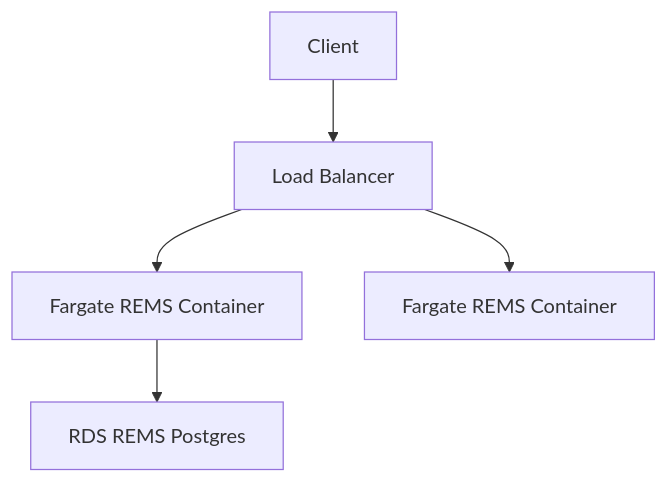
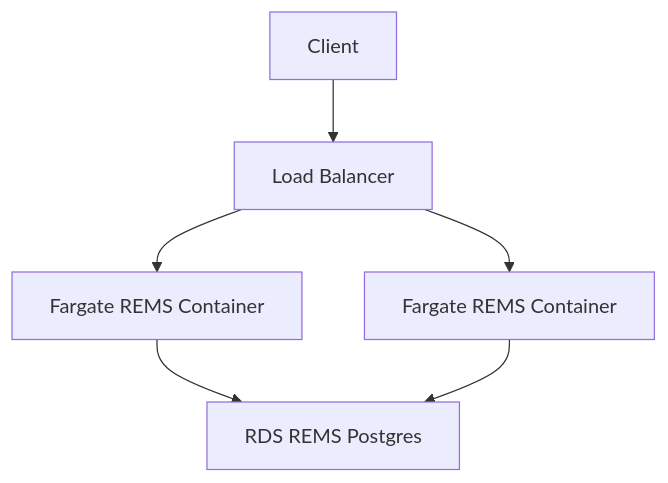
Before and after one commit to umccr/rems-umccr: the diagram in README.md, drawn with Mermaid. The commit also changed other lines of this file and 28 other files, not shown here.

````diff
--- a/README.md
+++ b/README.md
@@ -17,7 +56,8 @@
 ```mermaid
 graph TD
   A[Client] --> B[Load Balancer]
   B --> C[Fargate REMS Container]
   B --> D[Fargate REMS Container]
   C --> E[RDS REMS Postgres]
+  D --> E[RDS REMS Postgres]
 ```
````
